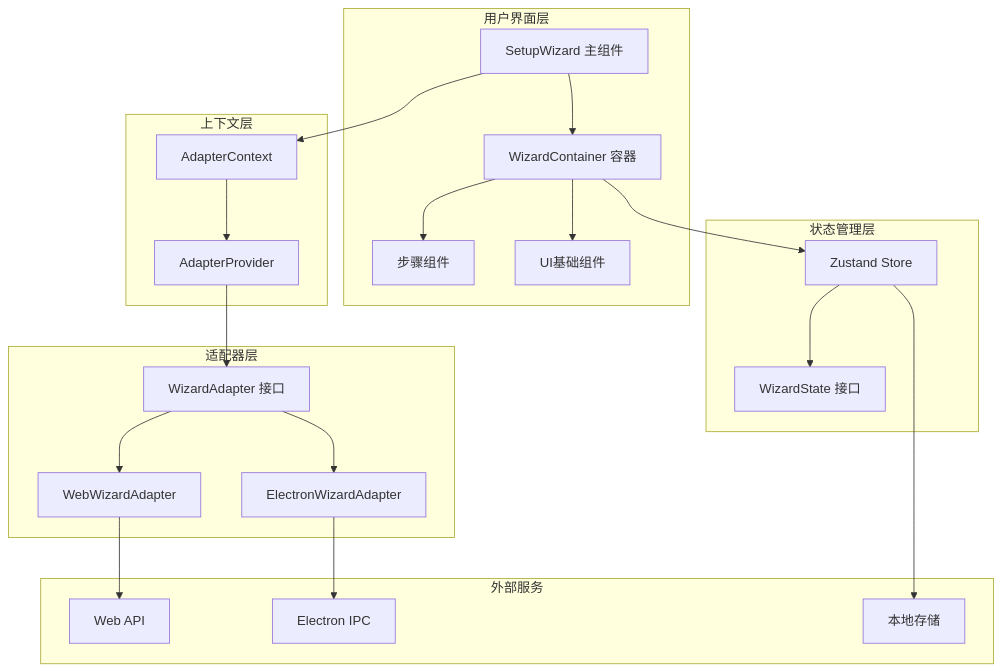
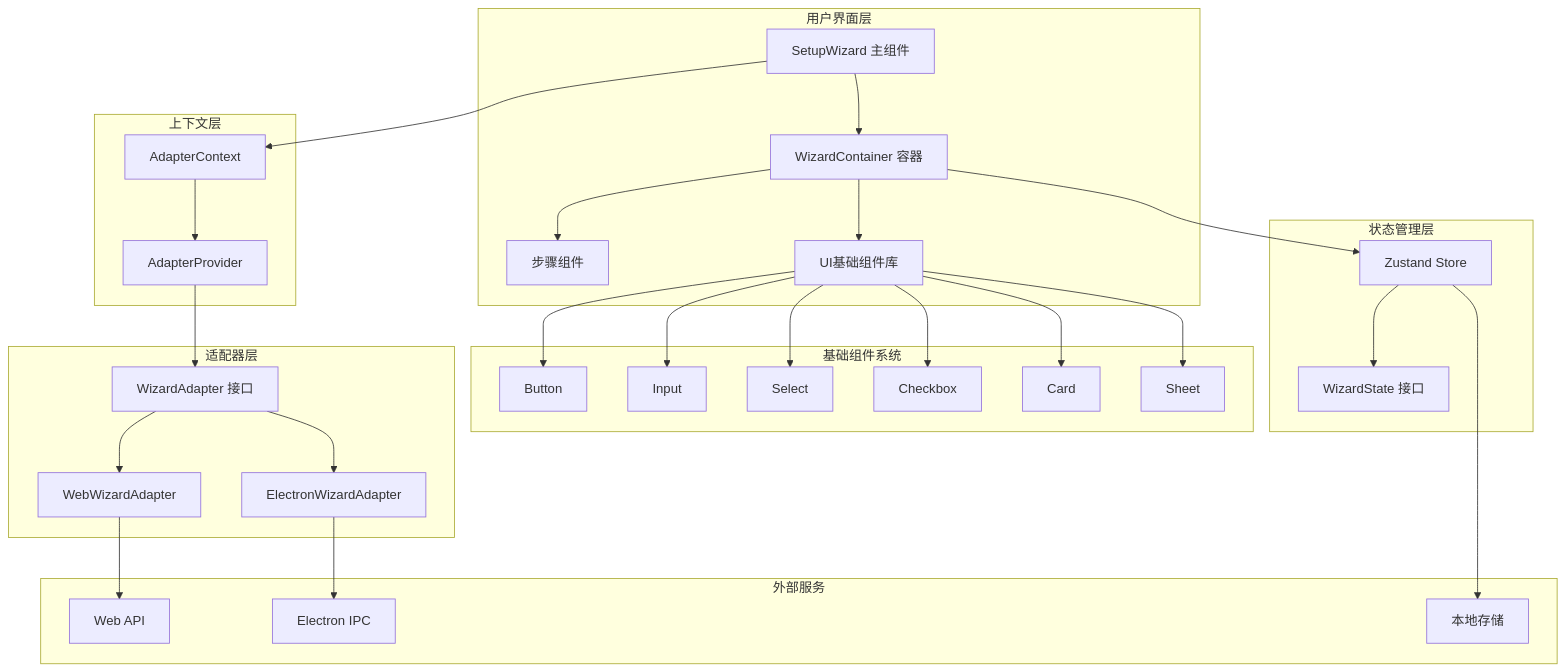
One commit to verse-ai-org/openclaw changed the third of 12 diagrams in .qoder/repowiki/zh/content/设置向导UI组件.md. Above: the diagram before and after it, drawn with Mermaid. The commit also changed other lines of this file and 78 other files, not shown here.

````diff
--- a/.qoder/repowiki/zh/content/设置向导UI组件.md
+++ b/.qoder/repowiki/zh/content/设置向导UI组件.md
@@ -112,40 +220,54 @@
 ```mermaid
 graph TB
 subgraph "用户界面层"
 A[SetupWizard 主组件]
 B[WizardContainer 容器]
 C[步骤组件]
-D[UI基础组件]
+D[UI基础组件库]
+end
+subgraph "基础组件系统"
+E[Button]
+F[Input]
+G[Select]
+H[Checkbox]
+I[Card]
+J[Sheet]
 end
 subgraph "状态管理层"
-E[Zustand Store]
-F[WizardState 接口]
+K[Zustand Store]
+L[WizardState 接口]
 end
 subgraph "适配器层"
-G[WizardAdapter 接口]
-H[WebWizardAdapter]
-I[ElectronWizardAdapter]
+M[WizardAdapter 接口]
+N[WebWizardAdapter]
+O[ElectronWizardAdapter]
 end
 subgraph "上下文层"
-J[AdapterContext]
-K[AdapterProvider]
+P[AdapterContext]
+Q[AdapterProvider]
 end
 subgraph "外部服务"
-L[Web API]
-M[Electron IPC]
-N[本地存储]
+R[Web API]
+S[Electron IPC]
+T[本地存储]
 end
 A --> B
 B --> C
 B --> D
-B --> E
-E --> F
-A --> J
-J --> K
-K --> G
-G --> H
-G --> I
-H --> L
-I --> M
-E --> N
+D --> E
+D --> F
+D --> G
+D --> H
+D --> I
+D --> J
+B --> K
+K --> L
+A --> P
+P --> Q
+Q --> M
+M --> N
+M --> O
+N --> R
+O --> S
+K --> T
 ```
````
